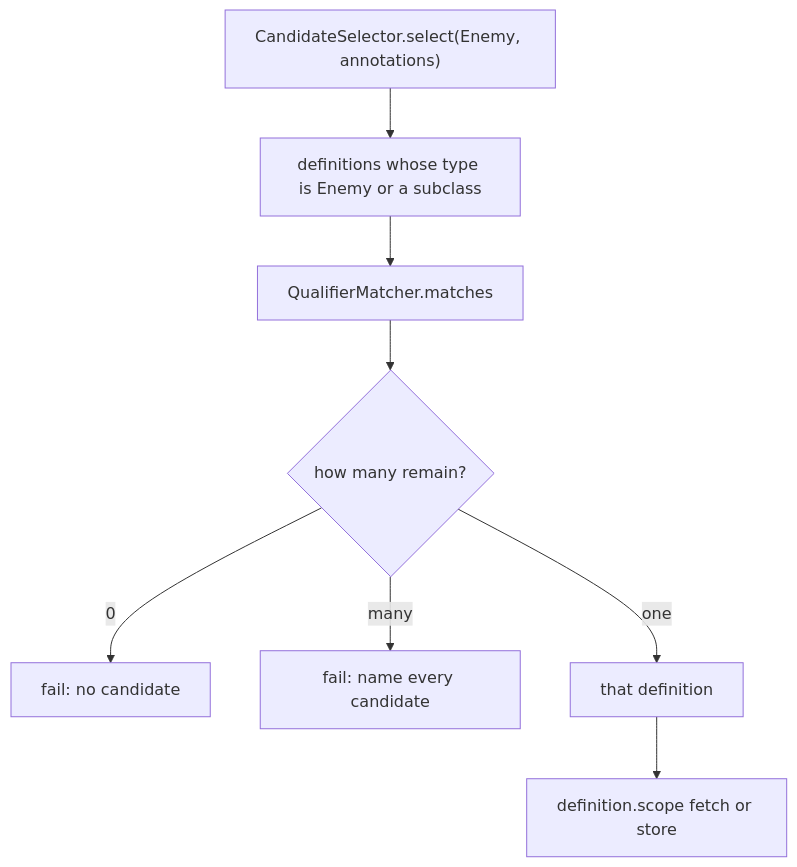
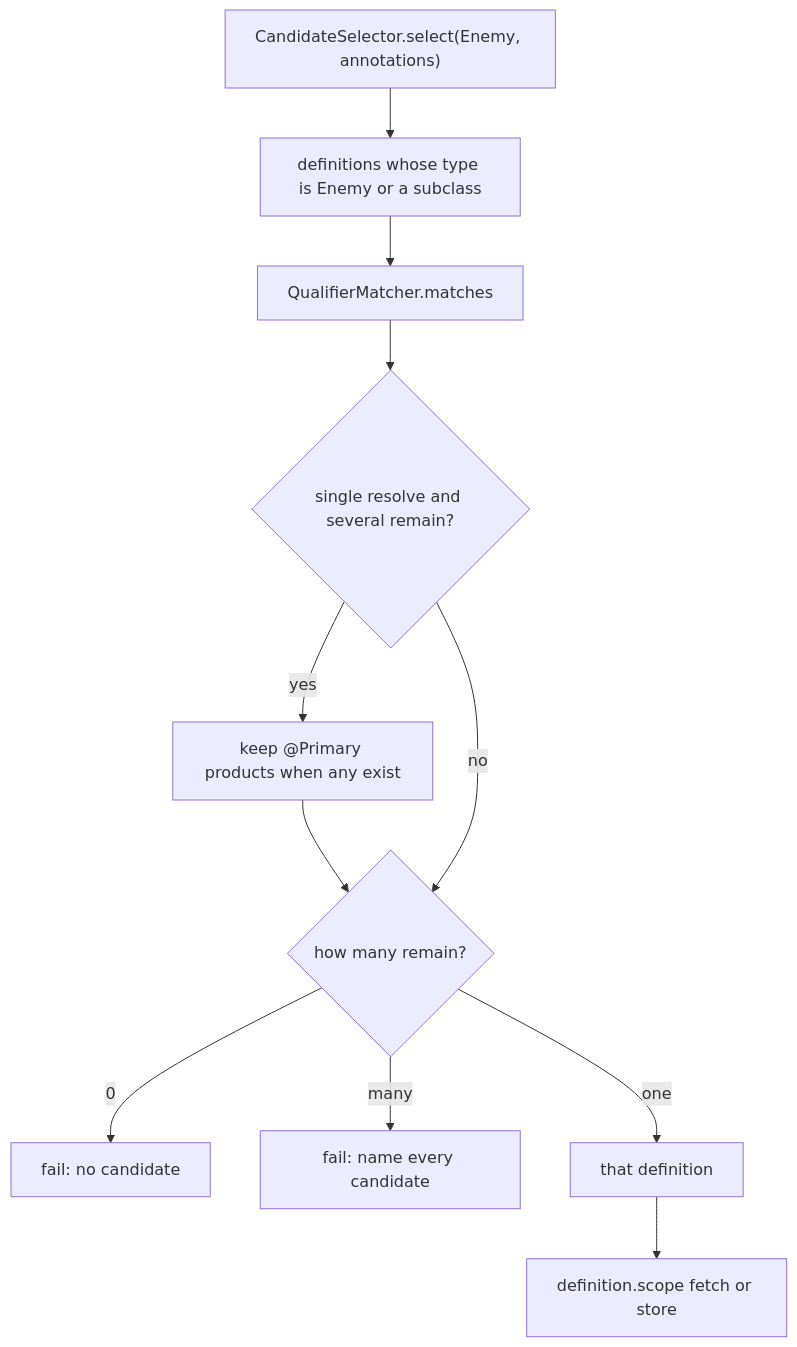
One commit to jaeckl/annotation-addon changed the sixth of 14 diagrams in docs/ioc-architecture.md. Above: the diagram before and after it, drawn with Mermaid. The commit also changed other lines of this file and 29 other files, not shown here.

````diff
--- a/docs/ioc-architecture.md
+++ b/docs/ioc-architecture.md
@@ -206,16 +206,20 @@
 ```mermaid
 flowchart TD
     ask["CandidateSelector.select(Enemy, annotations)"]
     list["definitions whose type is Enemy or a subclass"]
     match["QualifierMatcher.matches"]
+    primary{"single resolve and several remain?"}
+    keep["keep @Primary products when any exist"]
     count{"how many remain?"}
     fail0["fail: no candidate"]
     failN["fail: name every candidate"]
     one["that definition"]
     scope["definition.scope fetch or store"]
 
-    ask --> list --> match --> count
+    ask --> list --> match --> primary
+    primary -->|yes| keep --> count
+    primary -->|no| count
     count -->|0| fail0
     count -->|many| failN
     count -->|one| one --> scope
 ```
````
